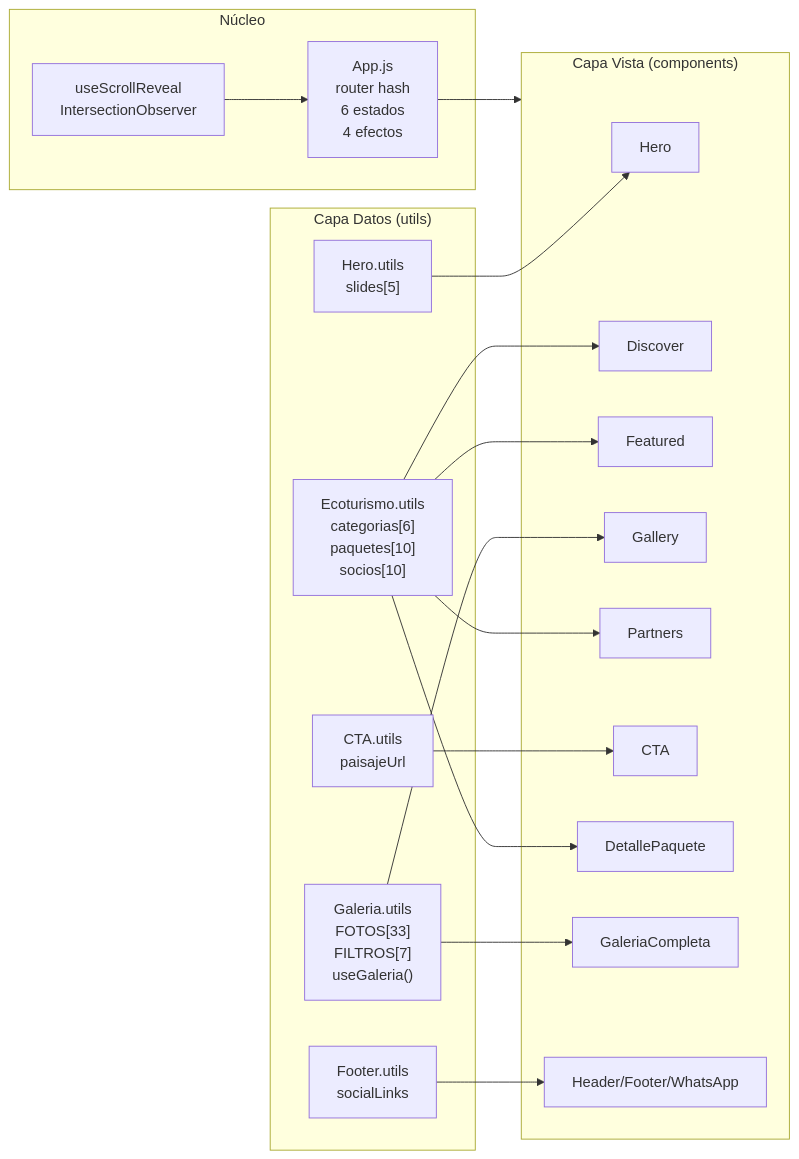
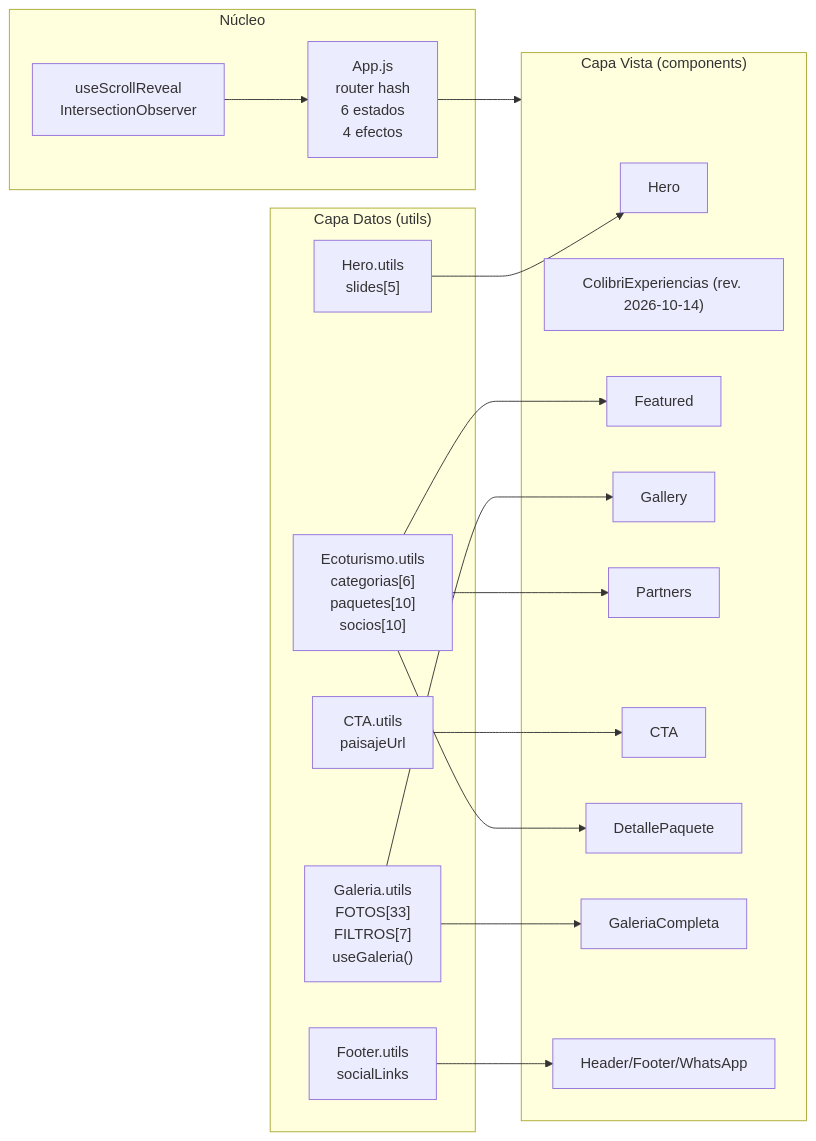
The first of 10 diagrams in MEMORIA.md (damianjose592/proyecto_manaure_vive), drawn with Mermaid before and after one commit. The commit also changed other lines of this file and 39 other files, not shown here.

Commit message:
Colibri en portada: integra prototipo con altura dinamica, elimina Discover y filtro Descubre

````diff
--- a/MEMORIA.md
+++ b/MEMORIA.md
@@ -127,39 +128,38 @@
 ```mermaid
 flowchart LR
   subgraph DATA ["Capa Datos (utils)"]
     EU["Ecoturismo.utils<br/>categorias[6]<br/>paquetes[10]<br/>socios[10]"]
     GU["Galeria.utils<br/>FOTOS[33]<br/>FILTROS[7]<br/>useGaleria()"]
     HU["Hero.utils<br/>slides[5]"]
     CU["CTA.utils<br/>paisajeUrl"]
     FU["Footer.utils<br/>socialLinks"]
   end
 
   subgraph UI ["Capa Vista (components)"]
     H["Hero"]
-    D["Discover"]
+    CB["ColibriExperiencias (rev. 2026-10-14)"]
     F["Featured"]
     G["Gallery"]
     P["Partners"]
     C["CTA"]
     DP["DetallePaquete"]
     GC["GaleriaCompleta"]
     HD["Header/Footer/WhatsApp"]
   end
 
   subgraph CORE ["Núcleo"]
     APP["App.js<br/>router hash<br/>6 estados<br/>4 efectos"]
     SR["useScrollReveal<br/>IntersectionObserver"]
   end
 
-  EU --> D
   EU --> F
   EU --> DP
   EU --> P
   GU --> G
   GU --> GC
   HU --> H
   CU --> C
   FU --> HD
   APP --> UI
   SR --> APP
 ```
````
